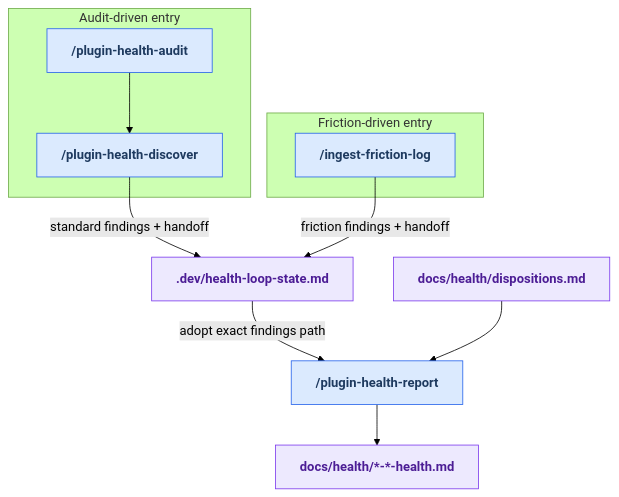
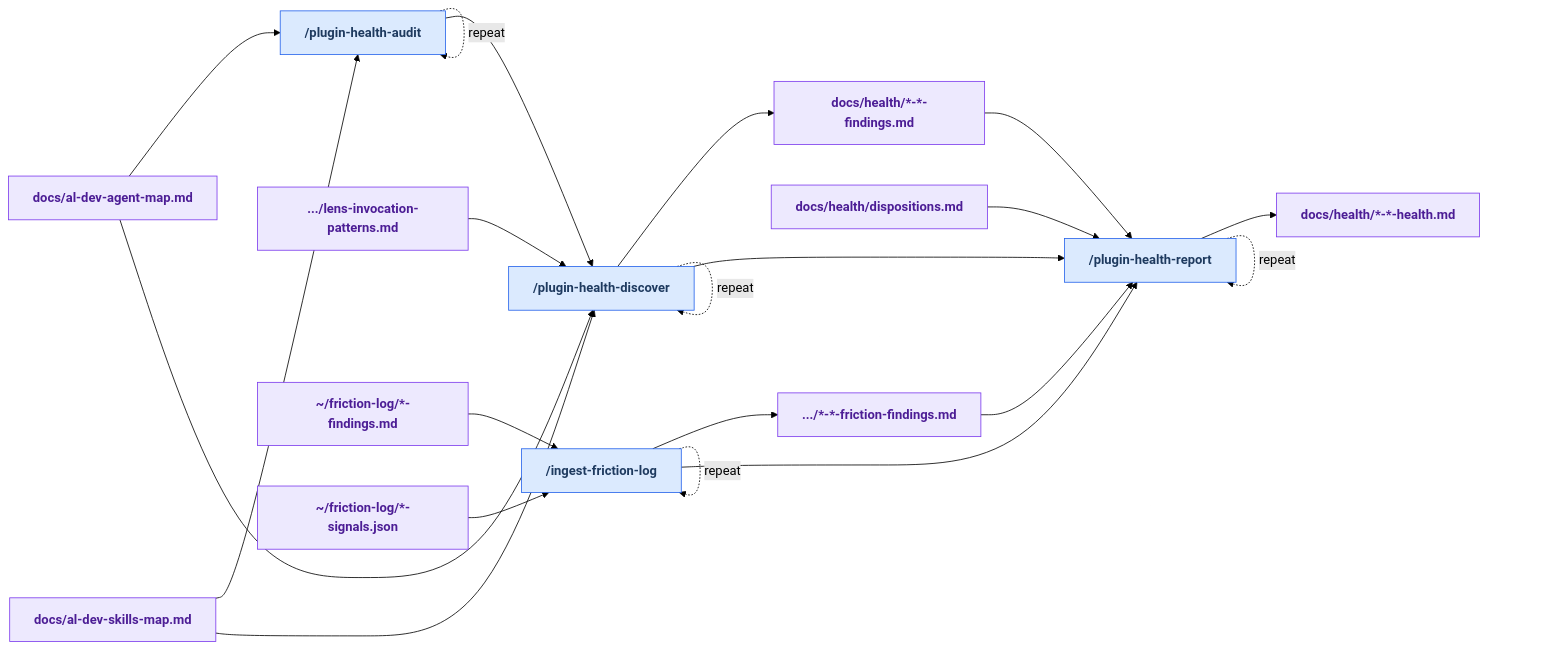
The diagram in docs/maintainer-tooling/discover.md (russell-laing/al-dev-shared), drawn with Mermaid (forest theme) before and after one commit. The commit also changed 5 other files, not shown here.

````diff
--- a/docs/maintainer-tooling/discover.md
+++ b/docs/maintainer-tooling/discover.md
@@ -49,32 +49,57 @@
 ```mermaid
-flowchart TD
+flowchart LR
     classDef userSkill fill:#dbeafe,stroke:#2563eb,color:#1e3a5f,font-weight:bold
+    classDef internalSkill fill:#f3f4f6,stroke:#6b7280,color:#374151,stroke-dasharray:5 5,font-weight:bold
     classDef artifact fill:#ede9fe,stroke:#7c3aed,color:#4c1d95,font-weight:bold
+    classDef orphanArtifact fill:#ede9fe,stroke:#dc2626,color:#4c1d95,stroke-dasharray:4 4,font-weight:bold
+    classDef manualStep fill:#fef3c7,stroke:#d97706,color:#78350f,font-weight:bold
 
-    subgraph lane_a["Audit-driven entry"]
-        skill_plugin_health_audit["/plugin-health-audit"]
-        skill_plugin_health_discover["/plugin-health-discover"]
-    end
-    subgraph lane_b["Friction-driven entry"]
-        skill_ingest_friction_log["/ingest-friction-log"]
-    end
-    art_breadcrumb[".dev/health-loop-state.md"]
-    art_dispositions["docs/health/dispositions.md"]
+    skill_ingest_friction_log["/ingest-friction-log"]
+    skill_plugin_health_audit["/plugin-health-audit"]
+    skill_plugin_health_discover["/plugin-health-discover"]
     skill_plugin_health_report["/plugin-health-report"]
-    art_dossier["docs/health/*-*-health.md"]
+    art_docs_al_dev_agent_map_md["docs/al-dev-agent-map.md"]
+    art_docs_al_dev_skills_map_md["docs/al-dev-skills-map.md"]
+    art_docs_health_____findings_md["docs/health/*-*-findings.md"]
+    art_docs_health_____friction_findings_md[".../*-*-friction-findings.md"]
+    art_docs_health_____health_md["docs/health/*-*-health.md"]
+    art_docs_health_dispositions_md["docs/health/dispositions.md"]
+    art_profile_al_dev_shared_knowledge_lens_invocation_patterns_md[".../lens-invocation-patterns.md"]
+    art___friction_log___findings_md["~/friction-log/*-findings.md"]
+    art___friction_log___signals_json["~/friction-log/*-signals.json"]
 
+    art___friction_log___findings_md --> skill_ingest_friction_log
+    art___friction_log___signals_json --> skill_ingest_friction_log
+    skill_ingest_friction_log --> art_docs_health_____friction_findings_md
+    skill_ingest_friction_log --> skill_plugin_health_report
+    skill_ingest_friction_log -. "repeat" .-> skill_ingest_friction_log
+    art_docs_al_dev_agent_map_md --> skill_plugin_health_audit
+    art_docs_al_dev_skills_map_md --> skill_plugin_health_audit
     skill_plugin_health_audit --> skill_plugin_health_discover
-    skill_plugin_health_discover -- "standard findings + handoff" --> art_breadcrumb
-    skill_ingest_friction_log -- "friction findings + handoff" --> art_breadcrumb
-    art_breadcrumb -- "adopt exact findings path" --> skill_plugin_health_report
-    art_dispositions --> skill_plugin_health_report
-    skill_plugin_health_report --> art_dossier
+    skill_plugin_health_audit -. "repeat" .-> skill_plugin_health_audit
+    art_docs_al_dev_agent_map_md --> skill_plugin_health_discover
+    art_docs_al_dev_skills_map_md --> skill_plugin_health_discover
+    art_profile_al_dev_shared_knowledge_lens_invocation_patterns_md --> skill_plugin_health_discover
+    skill_plugin_health_discover --> art_docs_health_____findings_md
+    skill_plugin_health_discover --> skill_plugin_health_report
+    skill_plugin_health_discover -. "repeat" .-> skill_plugin_health_discover
+    art_docs_health_____findings_md --> skill_plugin_health_report
+    art_docs_health_____friction_findings_md --> skill_plugin_health_report
+    art_docs_health_dispositions_md --> skill_plugin_health_report
+    skill_plugin_health_report --> art_docs_health_____health_md
+    skill_plugin_health_report -. "repeat" .-> skill_plugin_health_report
 
+    class skill_ingest_friction_log userSkill
     class skill_plugin_health_audit userSkill
     class skill_plugin_health_discover userSkill
-    class skill_ingest_friction_log userSkill
     class skill_plugin_health_report userSkill
-    class art_breadcrumb artifact
-    class art_dispositions artifact
-    class art_dossier artifact
+    class art_docs_al_dev_agent_map_md artifact
+    class art_docs_al_dev_skills_map_md artifact
+    class art_docs_health_____findings_md artifact
+    class art_docs_health_____friction_findings_md artifact
+    class art_docs_health_____health_md artifact
+    class art_docs_health_dispositions_md artifact
+    class art_profile_al_dev_shared_knowledge_lens_invocation_patterns_md artifact
+    class art___friction_log___findings_md artifact
+    class art___friction_log___signals_json artifact
 ```
````
